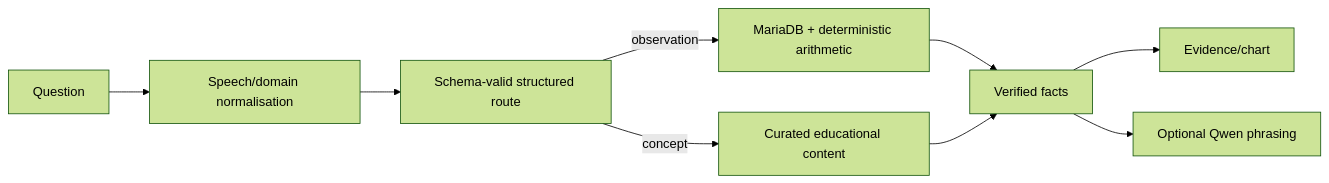
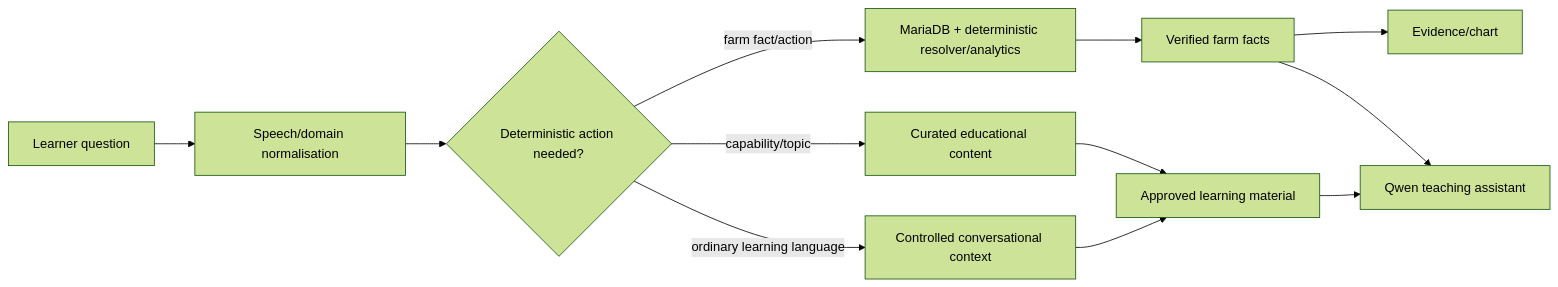
Before and after one commit to w0rmy/farmpi: the diagram in docs/diagrams/grounding-pipeline.mmd, drawn with Mermaid (forest theme). The commit also changed 17 other files, not shown here.

Commit message:
Broaden FarmPi conversational learning boundaries

```diff
--- a/docs/diagrams/grounding-pipeline.mmd
+++ b/docs/diagrams/grounding-pipeline.mmd
@@ -1,9 +1,12 @@
 flowchart LR
-  T[Question] --> S[Speech/domain normalisation]
-  S --> V[Schema-valid structured route]
-  V -->|observation| M[MariaDB + deterministic arithmetic]
-  V -->|concept| K[Curated educational content]
-  M --> F[Verified facts]
-  K --> F
+  T[Learner question] --> S[Speech/domain normalisation]
+  S --> R{Deterministic action needed?}
+  R -->|farm fact/action| M[MariaDB + deterministic resolver/analytics]
+  R -->|capability/topic| K[Curated educational content]
+  R -->|ordinary learning language| C[Controlled conversational context]
+  M --> F[Verified farm facts]
+  K --> G[Approved learning material]
+  C --> G
   F --> E[Evidence/chart]
-  F --> L[Optional Qwen phrasing]
+  F --> L[Qwen teaching assistant]
+  G --> L
```
